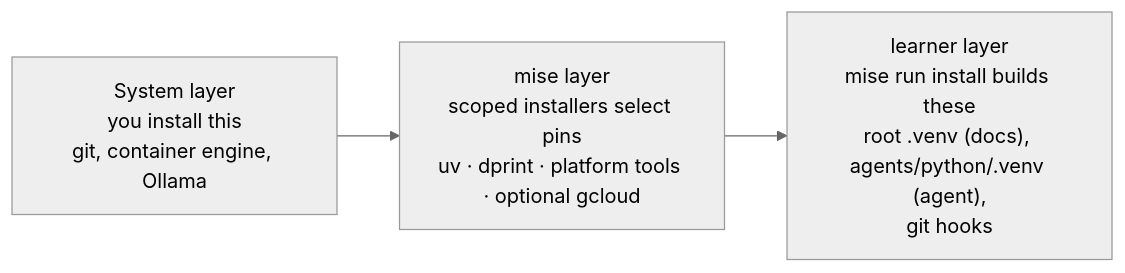
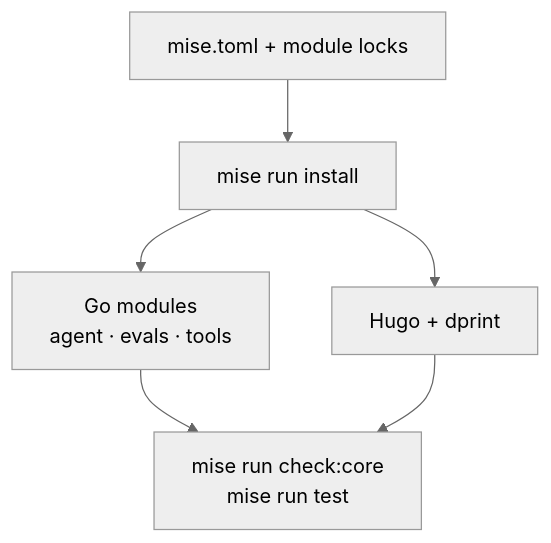
One commit to LuiGGi629/agentops-open-course changed the diagram in content/1. Setup/1.0. System.md. Above: the diagram before and after it, drawn with Mermaid (neutral theme). The commit also changed other lines of this file and 87 other files, not shown here.

````diff
--- a/content/1. Setup/1.0. System.md
+++ b/content/1. Setup/1.0. System.md
@@ -67,7 +53,8 @@
 ```mermaid
-flowchart LR
-    A["System layer<br/>you install this<br/>git, container engine, Ollama"]
-    B["mise layer<br/>scoped installers select pins<br/>uv · dprint · platform tools · optional gcloud"]
-    C["learner layer<br/>mise run install builds these<br/>root .venv (docs), agents/python/.venv (agent),<br/>git hooks"]
-    A --> B --> C
+flowchart TD
+    Lock["mise.toml + module locks"] --> Install["mise run install"]
+    Install --> Go["Go modules<br/>agent · evals · tools"]
+    Install --> Docs["Hugo + dprint"]
+    Go --> Gates["mise run check:core<br/>mise run test"]
+    Docs --> Gates
 ```
````
